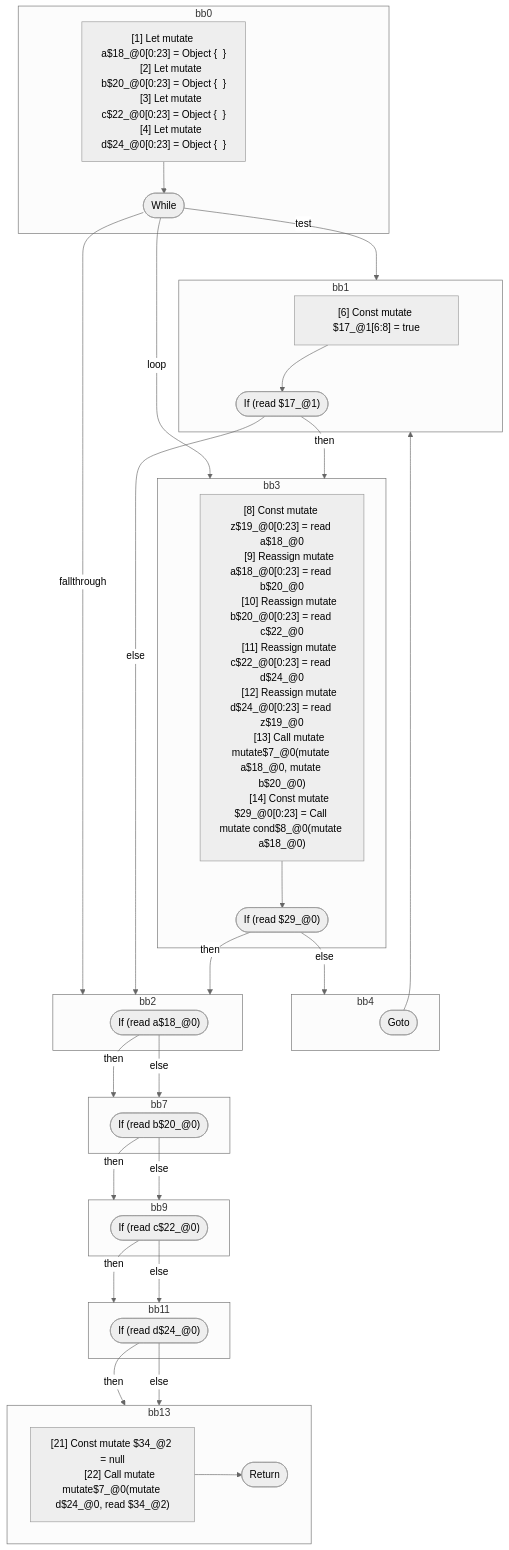
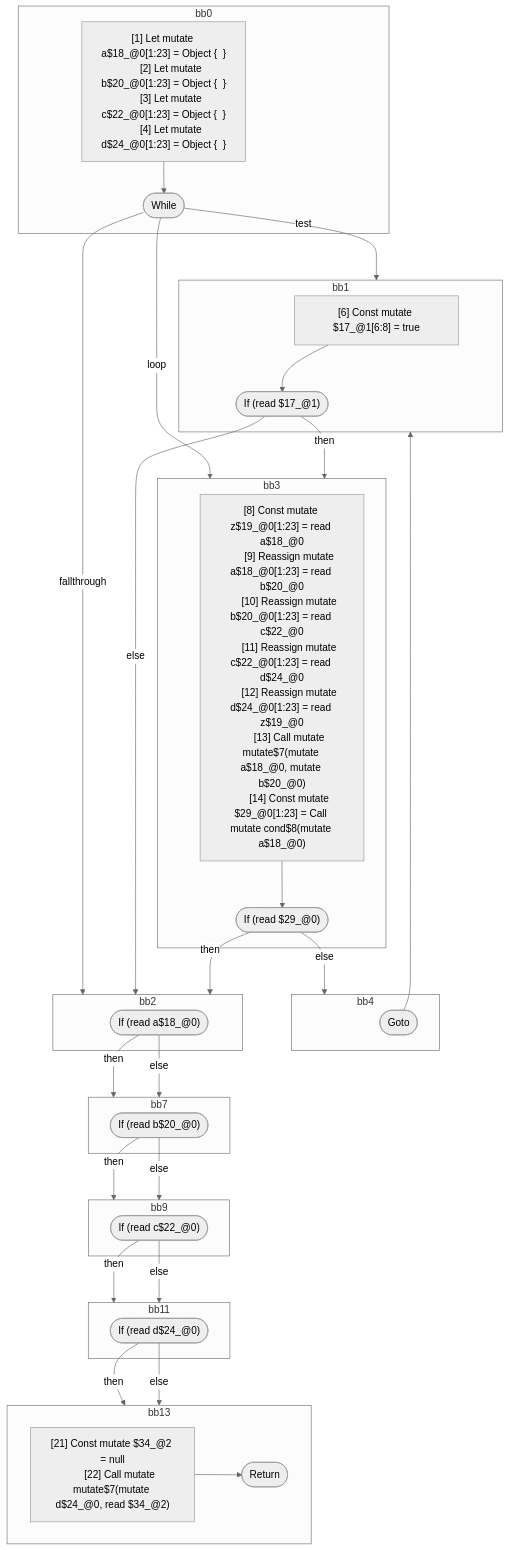
The third of 3 diagrams in compiler/forget/src/__tests__/fixtures/hir/mutable-lifetime-loops.expect.md (wutsmog/private), drawn with Mermaid (neutral theme) before and after one commit. The commit also changed other lines of this file and 100 other files, not shown here.

````diff
--- a/compiler/forget/src/__tests__/fixtures/hir/mutable-lifetime-loops.expect.md
+++ b/compiler/forget/src/__tests__/fixtures/hir/mutable-lifetime-loops.expect.md
@@ -144,72 +211,72 @@
 ```mermaid
 flowchart TB
   %% Basic Blocks
   subgraph bb0
     bb0_instrs["
-      [1] Let mutate a$18_@0[0:23] = Object {  }
-      [2] Let mutate b$20_@0[0:23] = Object {  }
-      [3] Let mutate c$22_@0[0:23] = Object {  }
-      [4] Let mutate d$24_@0[0:23] = Object {  }
+      [1] Let mutate a$18_@0[1:23] = Object {  }
+      [2] Let mutate b$20_@0[1:23] = Object {  }
+      [3] Let mutate c$22_@0[1:23] = Object {  }
+      [4] Let mutate d$24_@0[1:23] = Object {  }
     "]
     bb0_instrs --> bb0_terminal(["While"])
   end
   subgraph bb1
     bb1_instrs["
       [6] Const mutate $17_@1[6:8] = true
     "]
     bb1_instrs --> bb1_terminal(["If (read $17_@1)"])
   end
   subgraph bb3
     bb3_instrs["
-      [8] Const mutate z$19_@0[0:23] = read a$18_@0
-      [9] Reassign mutate a$18_@0[0:23] = read b$20_@0
-      [10] Reassign mutate b$20_@0[0:23] = read c$22_@0
-      [11] Reassign mutate c$22_@0[0:23] = read d$24_@0
-      [12] Reassign mutate d$24_@0[0:23] = read z$19_@0
-      [13] Call mutate mutate$7_@0(mutate a$18_@0, mutate b$20_@0)
-      [14] Const mutate $29_@0[0:23] = Call mutate cond$8_@0(mutate a$18_@0)
+      [8] Const mutate z$19_@0[1:23] = read a$18_@0
+      [9] Reassign mutate a$18_@0[1:23] = read b$20_@0
+      [10] Reassign mutate b$20_@0[1:23] = read c$22_@0
+      [11] Reassign mutate c$22_@0[1:23] = read d$24_@0
+      [12] Reassign mutate d$24_@0[1:23] = read z$19_@0
+      [13] Call mutate mutate$7(mutate a$18_@0, mutate b$20_@0)
+      [14] Const mutate $29_@0[1:23] = Call mutate cond$8(mutate a$18_@0)
     "]
     bb3_instrs --> bb3_terminal(["If (read $29_@0)"])
   end
   subgraph bb4
     bb4_terminal(["Goto"])
   end
   subgraph bb2
     bb2_terminal(["If (read a$18_@0)"])
   end
   subgraph bb7
     bb7_terminal(["If (read b$20_@0)"])
   end
   subgraph bb9
     bb9_terminal(["If (read c$22_@0)"])
   end
   subgraph bb11
     bb11_terminal(["If (read d$24_@0)"])
   end
   subgraph bb13
     bb13_instrs["
       [21] Const mutate $34_@2 = null
-      [22] Call mutate mutate$7_@0(mutate d$24_@0, read $34_@2)
+      [22] Call mutate mutate$7(mutate d$24_@0, read $34_@2)
     "]
     bb13_instrs --> bb13_terminal(["Return"])
   end
 
   %% Jumps
   bb0_terminal -- "test" --> bb1
   bb0_terminal -- "loop" --> bb3
   bb0_terminal -- "fallthrough" --> bb2
   bb1_terminal -- "then" --> bb3
   bb1_terminal -- "else" --> bb2
   bb3_terminal -- "then" --> bb2
   bb3_terminal -- "else" --> bb4
   bb4_terminal --> bb1
   bb2_terminal -- "then" --> bb7
   bb2_terminal -- "else" --> bb7
   bb7_terminal -- "then" --> bb9
   bb7_terminal -- "else" --> bb9
   bb9_terminal -- "then" --> bb11
   bb9_terminal -- "else" --> bb11
   bb11_terminal -- "then" --> bb13
   bb11_terminal -- "else" --> bb13
 
 ```
````
